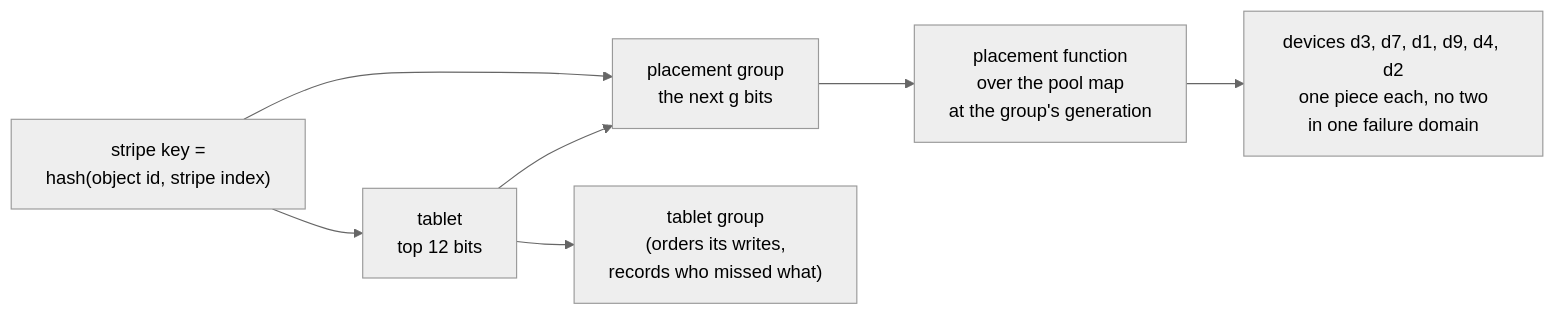
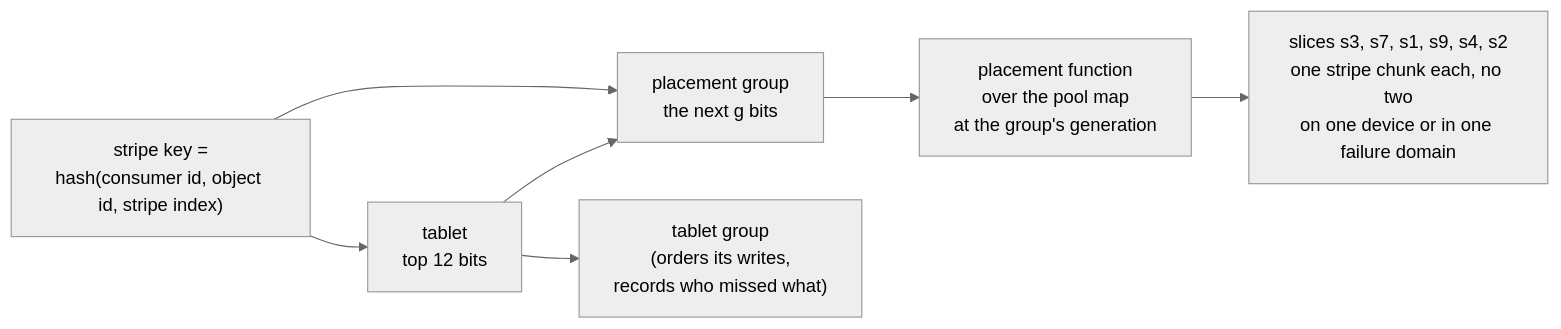
Before and after one commit to mjcarson/shoal: the diagram in docs/src/object-storage/placement.md, drawn with Mermaid (neutral theme). The commit also changed other lines of this file and 78 other files, not shown here.

````diff
--- a/docs/src/object-storage/placement.md
+++ b/docs/src/object-storage/placement.md
@@ -50,13 +51,13 @@
 ```mermaid
 flowchart LR
-    key["stripe key =<br/>hash(object id, stripe index)"]
+    key["stripe key =<br/>hash(consumer id, object id, stripe index)"]
     tab["tablet<br/>top 12 bits"]
     pg["placement group<br/>the next g bits"]
     grp["tablet group<br/>(orders its writes,<br/>records who missed what)"]
     fn["placement function<br/>over the pool map<br/>at the group's generation"]
-    devs["devices d3, d7, d1, d9, d4, d2<br/>one piece each, no two<br/>in one failure domain"]
+    slices["slices s3, s7, s1, s9, s4, s2<br/>one stripe chunk each, no two<br/>on one device or in one failure domain"]
     key --> tab --> grp
     key --> pg
     tab --> pg
-    pg --> fn --> devs
+    pg --> fn --> slices
 ```
````
